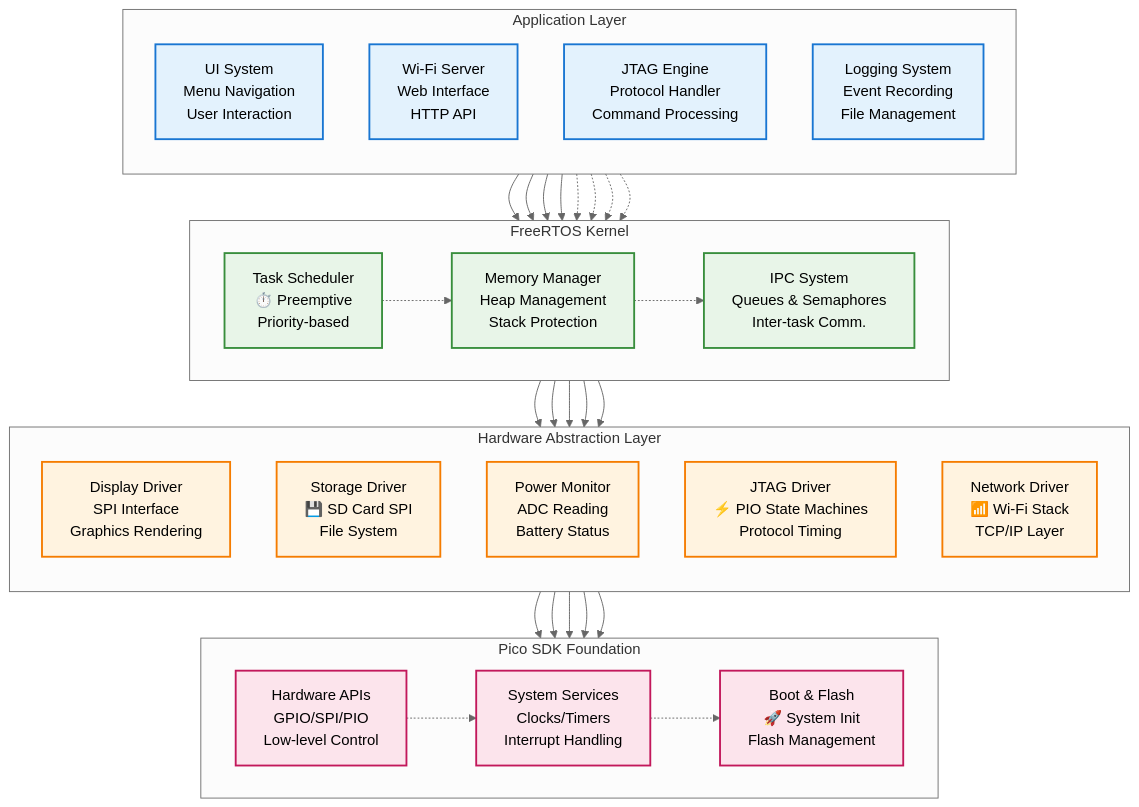
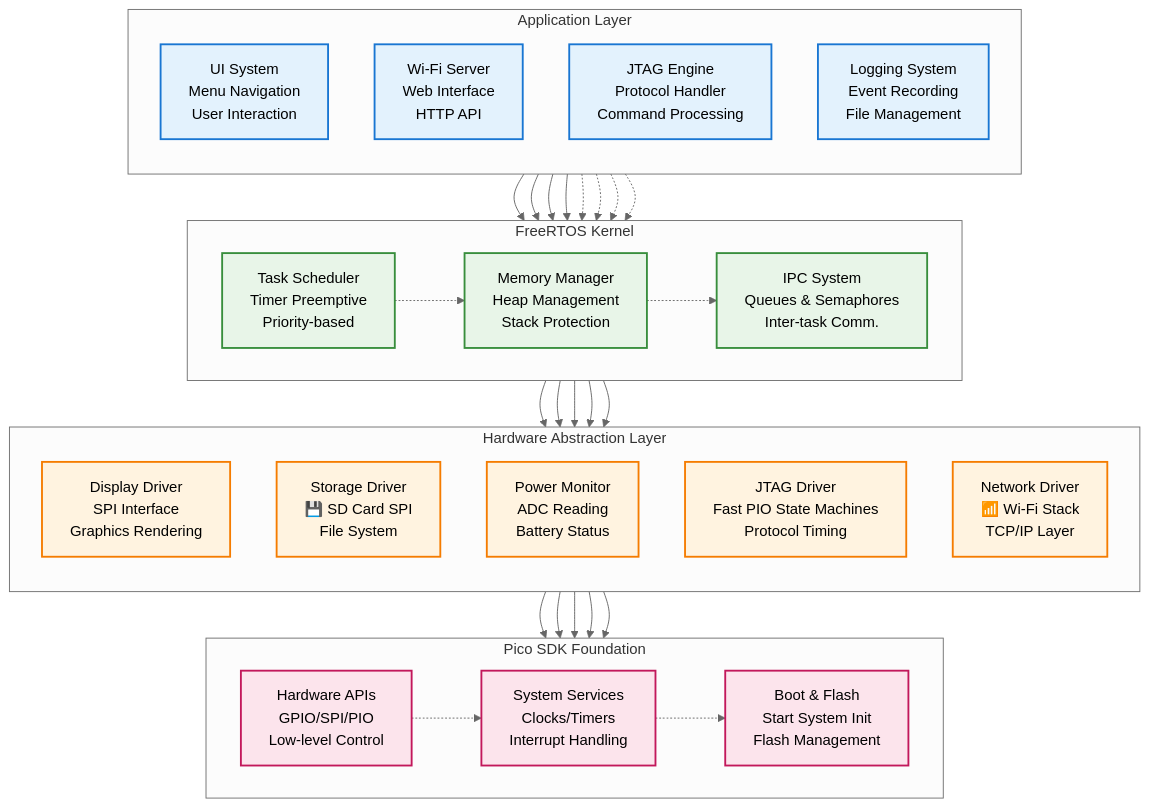
The third of 10 diagrams in README.md (seedon198/KISS), drawn with Mermaid (neutral theme) before and after one commit. The commit also changed other lines of this file, not shown here.

````diff
--- a/README.md
+++ b/README.md
@@ -250,74 +250,74 @@
 ```mermaid
 flowchart TD
     subgraph "Application Layer"
         direction TB
         APP1[UI System<br/>Menu Navigation<br/>User Interaction]
         APP2[Wi-Fi Server<br/>Web Interface<br/>HTTP API]
         APP3[JTAG Engine<br/>Protocol Handler<br/>Command Processing]
         APP4[Logging System<br/>Event Recording<br/>File Management]
     end
     
     subgraph "FreeRTOS Kernel"
         direction LR
-        RTOS1[Task Scheduler<br/>⏱️ Preemptive<br/>Priority-based]
+        RTOS1[Task Scheduler<br/>Timer Preemptive<br/>Priority-based]
         RTOS2[Memory Manager<br/>Heap Management<br/>Stack Protection]
         RTOS3[IPC System<br/>Queues & Semaphores<br/>Inter-task Comm.]
     end
     
     subgraph "Hardware Abstraction Layer"
         direction TB
         HAL1[Display Driver<br/>SPI Interface<br/>Graphics Rendering]
         HAL2[Storage Driver<br/>💾 SD Card SPI<br/>File System]
         HAL3[Power Monitor<br/>ADC Reading<br/>Battery Status]
-        HAL4[JTAG Driver<br/>⚡ PIO State Machines<br/>Protocol Timing]
+        HAL4[JTAG Driver<br/>Fast PIO State Machines<br/>Protocol Timing]
         HAL5[Network Driver<br/>📶 Wi-Fi Stack<br/>TCP/IP Layer]
     end
     
     subgraph "Pico SDK Foundation"
         direction LR
         SDK1[Hardware APIs<br/>GPIO/SPI/PIO<br/>Low-level Control]
         SDK2[System Services<br/>Clocks/Timers<br/>Interrupt Handling]
-        SDK3[Boot & Flash<br/>🚀 System Init<br/>Flash Management]
+        SDK3[Boot & Flash<br/>Start System Init<br/>Flash Management]
     end
     
     %% Vertical connections (layered architecture)
     APP1 --> RTOS1
     APP2 --> RTOS1
     APP3 --> RTOS1
     APP4 --> RTOS1
     
     RTOS1 --> HAL1
     RTOS1 --> HAL2
     RTOS1 --> HAL3
     RTOS1 --> HAL4
     RTOS1 --> HAL5
     
     HAL1 --> SDK1
     HAL2 --> SDK1
     HAL3 --> SDK1
     HAL4 --> SDK1
     HAL5 --> SDK1
     
     %% Horizontal connections (inter-component)
     APP1 -.-> RTOS3
     APP2 -.-> RTOS3
     APP3 -.-> RTOS3
     APP4 -.-> RTOS3
     
     RTOS1 -.-> RTOS2
     RTOS2 -.-> RTOS3
     
     SDK1 -.-> SDK2
     SDK2 -.-> SDK3
     
     %% Styling
     classDef application fill:#e3f2fd,stroke:#1976d2,stroke-width:2px,color:#000
     classDef rtos fill:#e8f5e8,stroke:#388e3c,stroke-width:2px,color:#000
     classDef hal fill:#fff3e0,stroke:#f57c00,stroke-width:2px,color:#000
     classDef sdk fill:#fce4ec,stroke:#c2185b,stroke-width:2px,color:#000
     
     class APP1,APP2,APP3,APP4 application
     class RTOS1,RTOS2,RTOS3 rtos
     class HAL1,HAL2,HAL3,HAL4,HAL5 hal
     class SDK1,SDK2,SDK3 sdk
 ```
````
